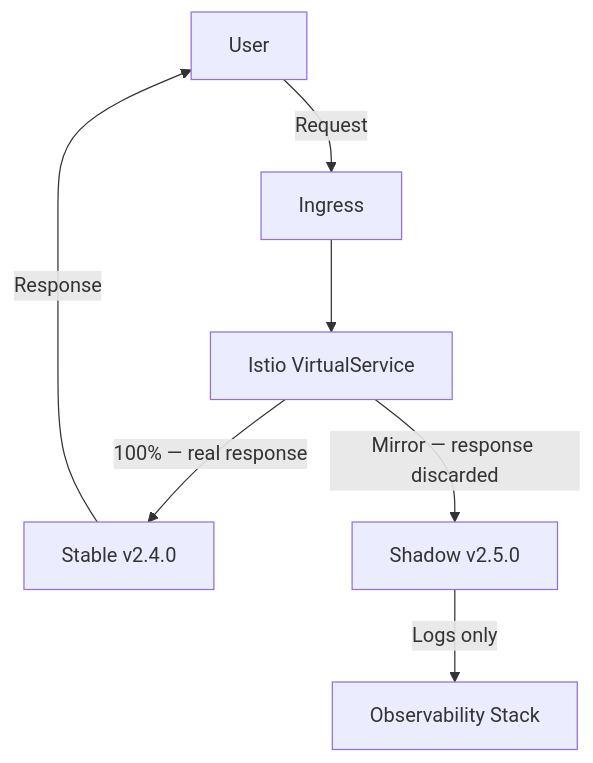
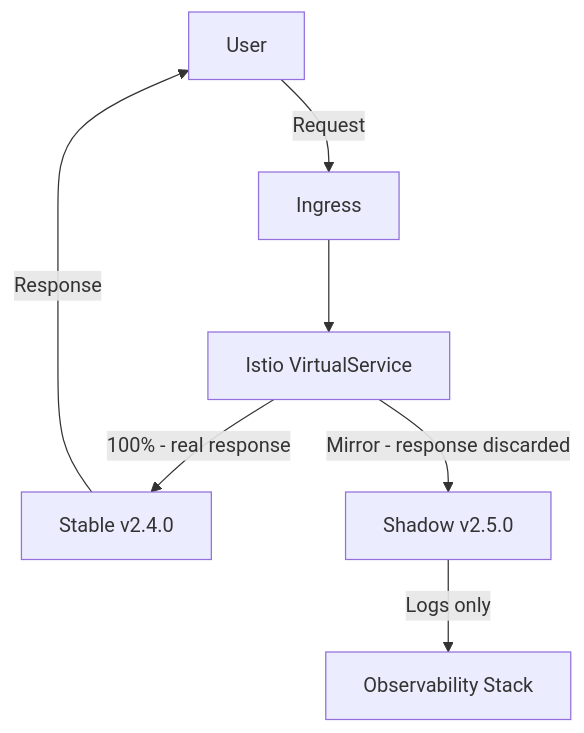
One commit to OneUptime/blog changed the diagram in posts/2026-03-13-gitops-shadow-traffic-pattern-flux/README.md. Above: the diagram before and after it, drawn with Mermaid. The commit also changed other lines of this file and 4409 other files, not shown here.

````diff
--- a/posts/2026-03-13-gitops-shadow-traffic-pattern-flux/README.md
+++ b/posts/2026-03-13-gitops-shadow-traffic-pattern-flux/README.md
@@ -223,9 +223,9 @@
 ```mermaid
 graph TD
     User -->|Request| Ingress
     Ingress --> Istio[Istio VirtualService]
-    Istio -->|100% — real response| Stable[Stable v2.4.0]
-    Istio -->|Mirror — response discarded| Shadow[Shadow v2.5.0]
+    Istio -->|100% - real response| Stable[Stable v2.4.0]
+    Istio -->|Mirror - response discarded| Shadow[Shadow v2.5.0]
     Stable -->|Response| User
     Shadow -->|Logs only| Monitoring[Observability Stack]
 ```
````
